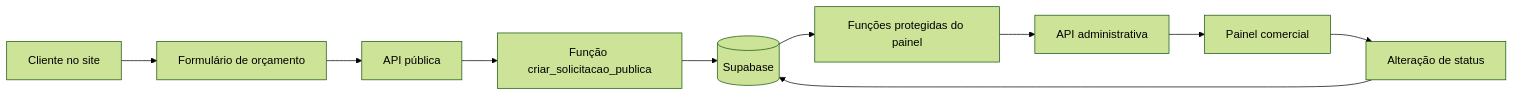
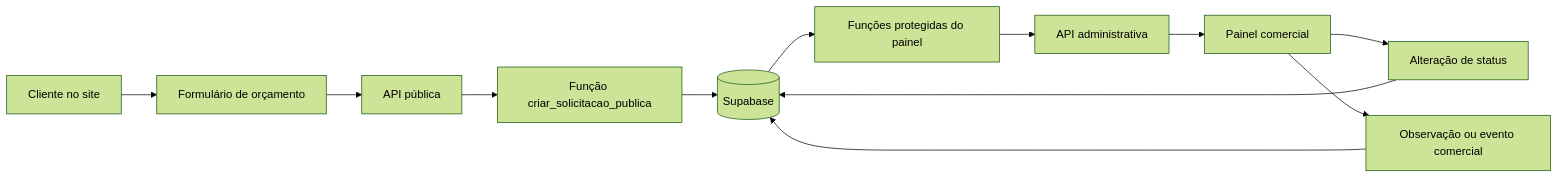
One commit to Mateusbetini1/Hidraulico-sistema-web changed the diagram in docs/arquitetura.md. Above: the diagram before and after it, drawn with Mermaid (forest theme). The commit also changed other lines of this file and 10 other files, not shown here.

````diff
--- a/docs/arquitetura.md
+++ b/docs/arquitetura.md
@@ -9,12 +9,14 @@
 ```mermaid
 flowchart LR
     Cliente[Cliente no site] --> Formulario[Formulário de orçamento]
     Formulario --> API1[API pública]
     API1 --> RPC1[Função criar_solicitacao_publica]
     RPC1 --> Banco[(Supabase)]
     Banco --> RPC2[Funções protegidas do painel]
     RPC2 --> API2[API administrativa]
     API2 --> Painel[Painel comercial]
     Painel --> Status[Alteração de status]
     Status --> Banco
+    Painel --> Atividade[Observação ou evento comercial]
+    Atividade --> Banco
 ```
````
